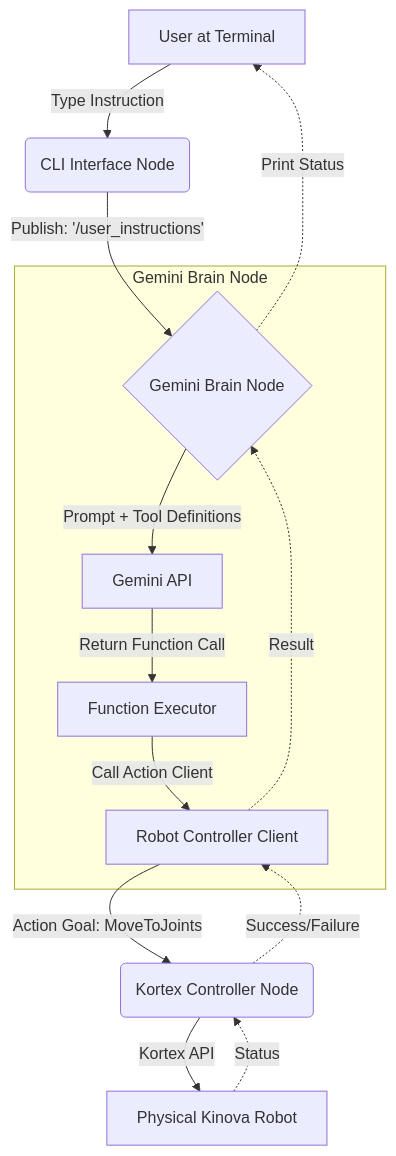
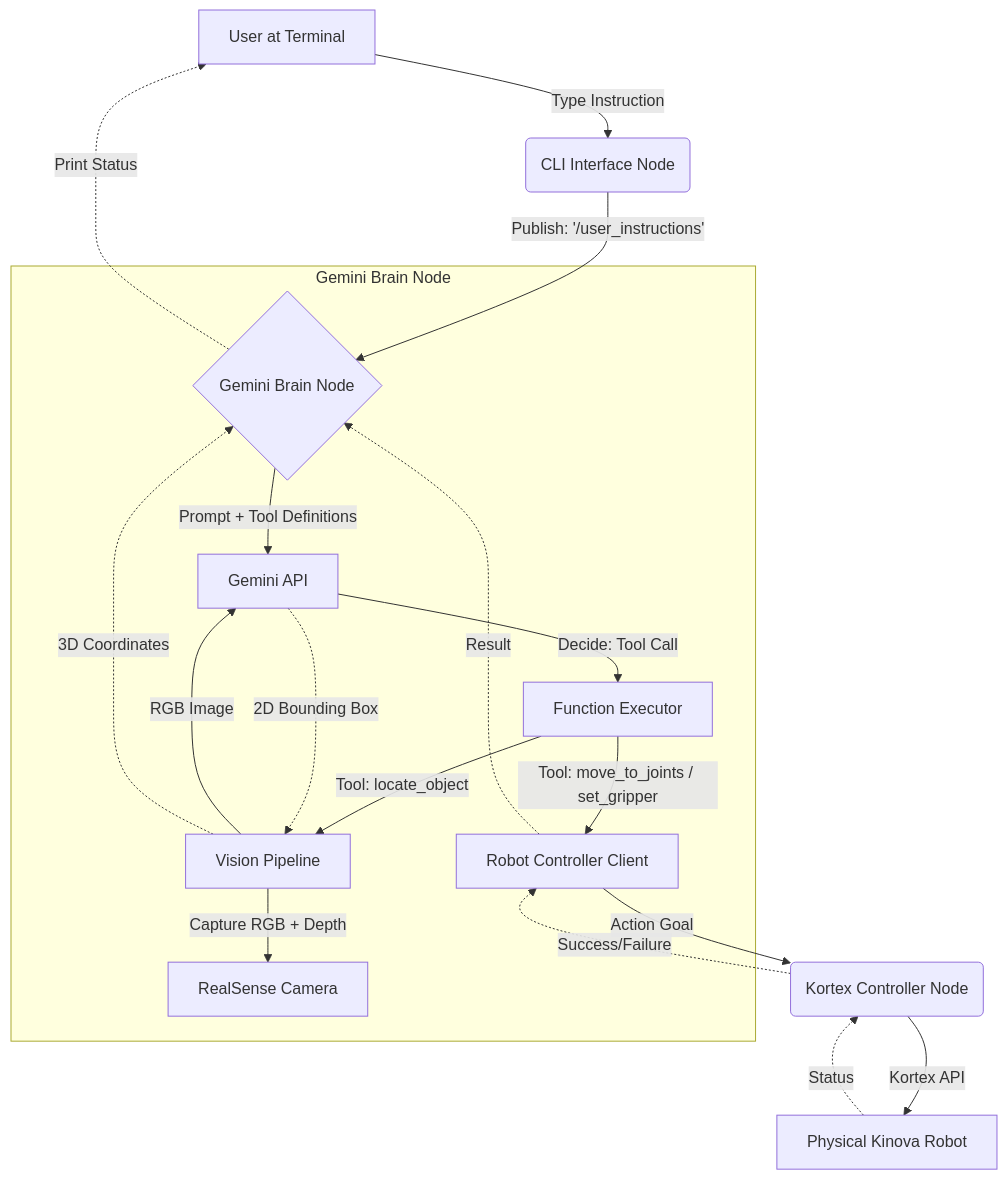
One commit to jakmilller/kinova-gemini changed the diagram in architecture_plan.md. Above: the diagram before and after it, drawn with Mermaid. The commit also changed other lines of this file and 8 other files, not shown here.

````diff
--- a/architecture_plan.md
+++ b/architecture_plan.md
@@ -31,19 +30,28 @@
 ```mermaid
     graph TD
     User[User at Terminal] -->|Type Instruction| CLI(CLI Interface Node)
     CLI -->|Publish: '/user_instructions'| Brain{Gemini Brain Node}
     
     subgraph "Gemini Brain Node"
         Brain -->|Prompt + Tool Definitions| GeminiAPI[Gemini API]
-        GeminiAPI -->|Return Function Call| Executor[Function Executor]
-        Executor -->|Call Action Client| Controller[Robot Controller Client]
+        GeminiAPI -->|Decide: Tool Call| Executor[Function Executor]
+        
+        %% Physical Action Branch
+        Executor -->|Tool: move_to_joints / set_gripper| Controller[Robot Controller Client]
+        
+        %% Vision Branch
+        Executor -->|Tool: locate_object| VisionOp[Vision Pipeline]
+        VisionOp -->|Capture RGB + Depth| RealSense[RealSense Camera]
+        VisionOp -->|RGB Image| GeminiAPI
+        GeminiAPI -.->|2D Bounding Box| VisionOp
+        VisionOp -.->|3D Coordinates| Brain
     end
 
-    Controller -->|Action Goal: MoveToJoints| Kortex(Kortex Controller Node)
+    Controller -->|Action Goal| Kortex(Kortex Controller Node)
     Kortex -->|Kortex API| Robot[Physical Kinova Robot]
     
     Robot -.->|Status| Kortex
     Kortex -.->|Success/Failure| Controller
     Controller -.->|Result| Brain
     Brain -.->|Print Status| User
 ```
````
